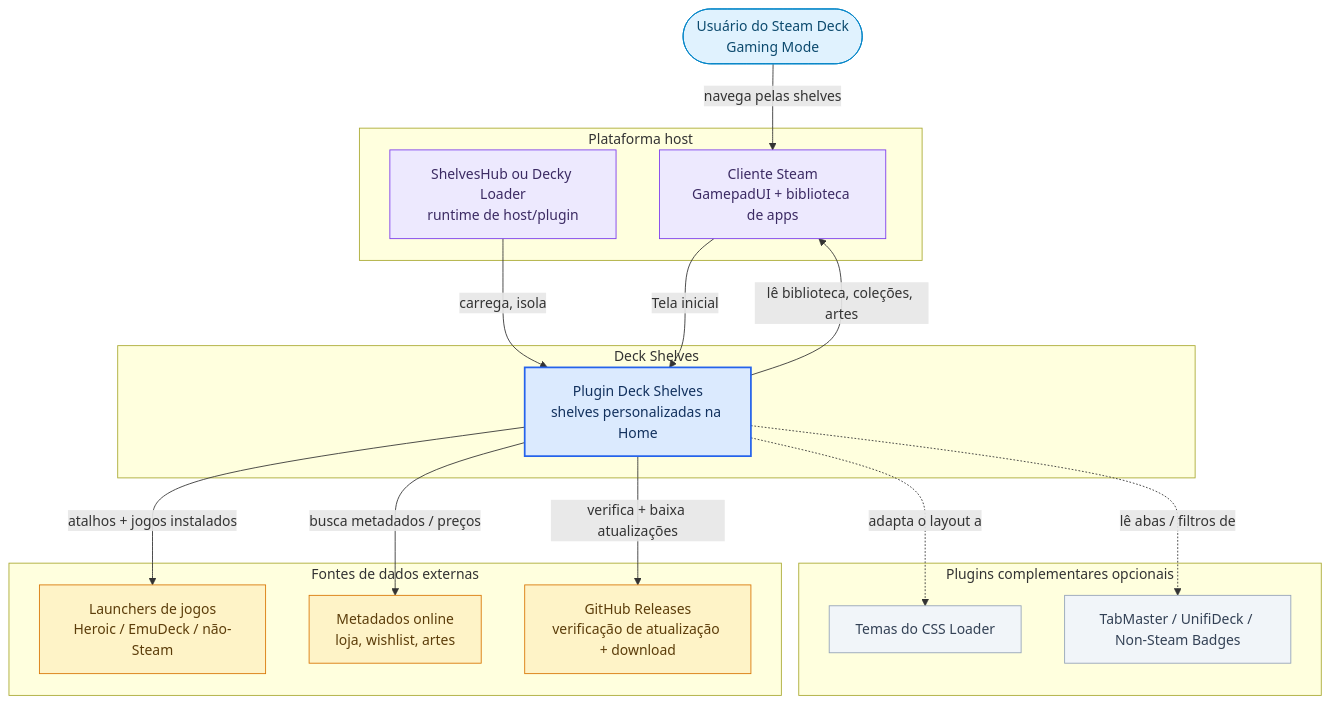
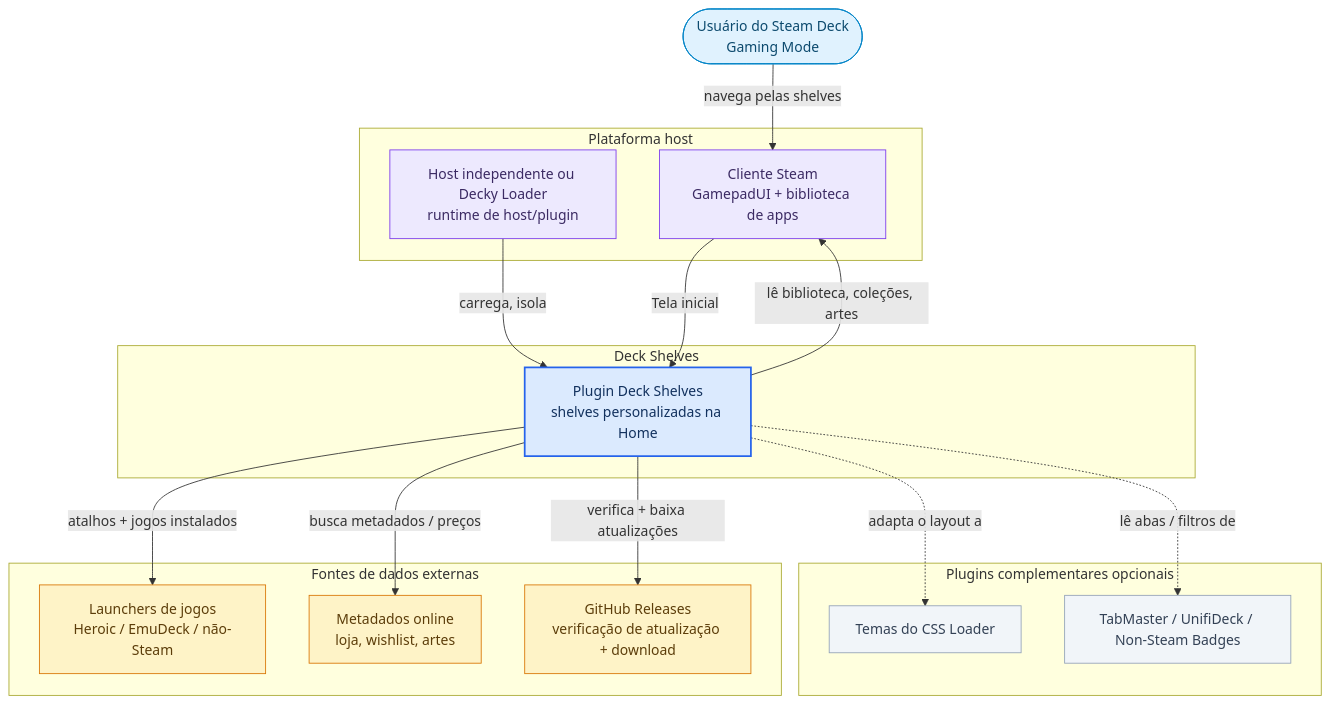
One commit to santojon/Deck-Shelves changed the first of 3 diagrams in docs/pt-BR/architecture.md. Above: the diagram before and after it, drawn with Mermaid. The commit also changed other lines of this file and 186 other files, not shown here.

````diff
--- a/docs/pt-BR/architecture.md
+++ b/docs/pt-BR/architecture.md
@@ -20,45 +20,45 @@
 ```mermaid
 flowchart TB
     user(["Usuário do Steam Deck<br/>Gaming Mode"])
 
     subgraph deckshelves["Deck Shelves"]
         plugin["Plugin Deck Shelves<br/>shelves personalizadas na Home"]
     end
 
     subgraph host["Plataforma host"]
-        decky["ShelvesHub ou Decky Loader<br/>runtime de host/plugin"]
+        decky["Host independente ou Decky Loader<br/>runtime de host/plugin"]
         steam["Cliente Steam<br/>GamepadUI + biblioteca de apps"]
     end
 
     subgraph external["Fontes de dados externas"]
         launchers["Launchers de jogos<br/>Heroic / EmuDeck / não-Steam"]
         online["Metadados online<br/>loja, wishlist, artes"]
         gh["GitHub Releases<br/>verificação de atualização + download"]
     end
 
     subgraph optional["Plugins complementares opcionais"]
         css["Temas do CSS Loader"]
         tabmaster["TabMaster / UnifiDeck / Non-Steam Badges"]
     end
 
     user -->|"navega pelas shelves"| steam
     steam -->|"Tela inicial"| plugin
     decky -->|"carrega, isola"| plugin
     plugin -->|"lê biblioteca, coleções, artes"| steam
     plugin -->|"atalhos + jogos instalados"| launchers
     plugin -->|"busca metadados / preços"| online
     plugin -->|"verifica + baixa atualizações"| gh
     plugin -.->|"adapta o layout a"| css
     plugin -.->|"lê abas / filtros de"| tabmaster
 
     classDef ds fill:#dbeafe,stroke:#2563eb,stroke-width:2px,color:#12315e
     classDef platform fill:#ede9fe,stroke:#7c3aed,color:#3b2a63
     classDef ext fill:#fef3c7,stroke:#d97706,color:#5c3d0a
     classDef opt fill:#f1f5f9,stroke:#94a3b8,color:#334155
     classDef actor fill:#e0f2fe,stroke:#0284c7,color:#0c4a6e
     class plugin ds
     class decky,steam platform
     class launchers,online,gh ext
     class css,tabmaster opt
     class user actor
 ```
````
